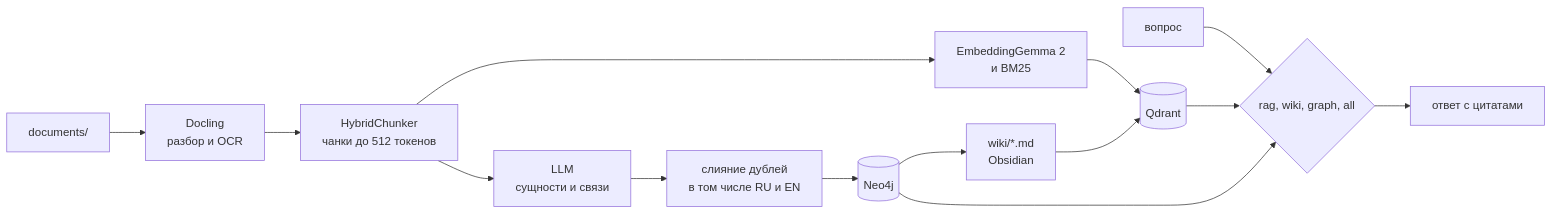
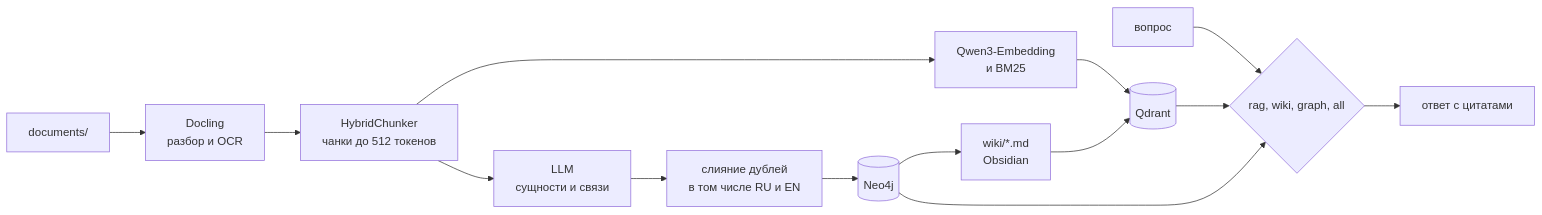
One commit to 000p1umDiesel/Atlas changed the first of 11 diagrams in README.md. Above: the diagram before and after it, drawn with Mermaid. The commit also changed other lines of this file and 29 other files, not shown here.

````diff
--- a/README.md
+++ b/README.md
@@ -35,16 +35,16 @@
 ```mermaid
 flowchart LR
     DOCS["documents/"] --> PARSE["Docling<br/>разбор и OCR"]
     PARSE --> CHUNK["HybridChunker<br/>чанки до 512 токенов"]
-    CHUNK --> EMB["EmbeddingGemma 2<br/>и BM25"]
+    CHUNK --> EMB["Qwen3-Embedding<br/>и BM25"]
     EMB --> QD[("Qdrant")]
     CHUNK --> EXT["LLM<br/>сущности и связи"]
     EXT --> RES["слияние дублей<br/>в том числе RU и EN"]
     RES --> NEO[("Neo4j")]
     NEO --> WIKI["wiki/*.md<br/>Obsidian"]
     WIKI --> QD
     Q["вопрос"] --> MODES{"rag, wiki, graph, all"}
     QD --> MODES
     NEO --> MODES
     MODES --> ANS["ответ с цитатами"]
 ```
````
